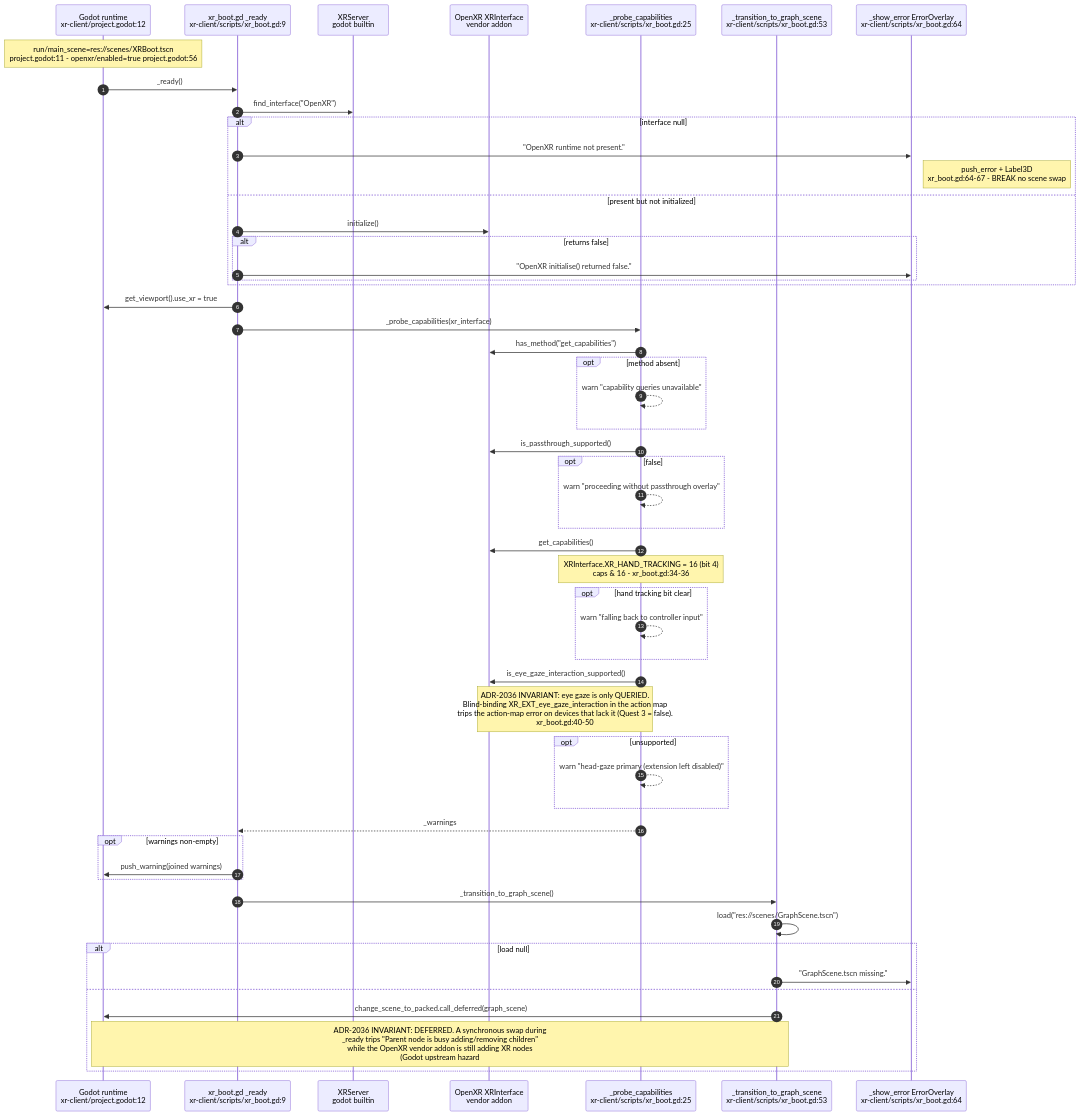
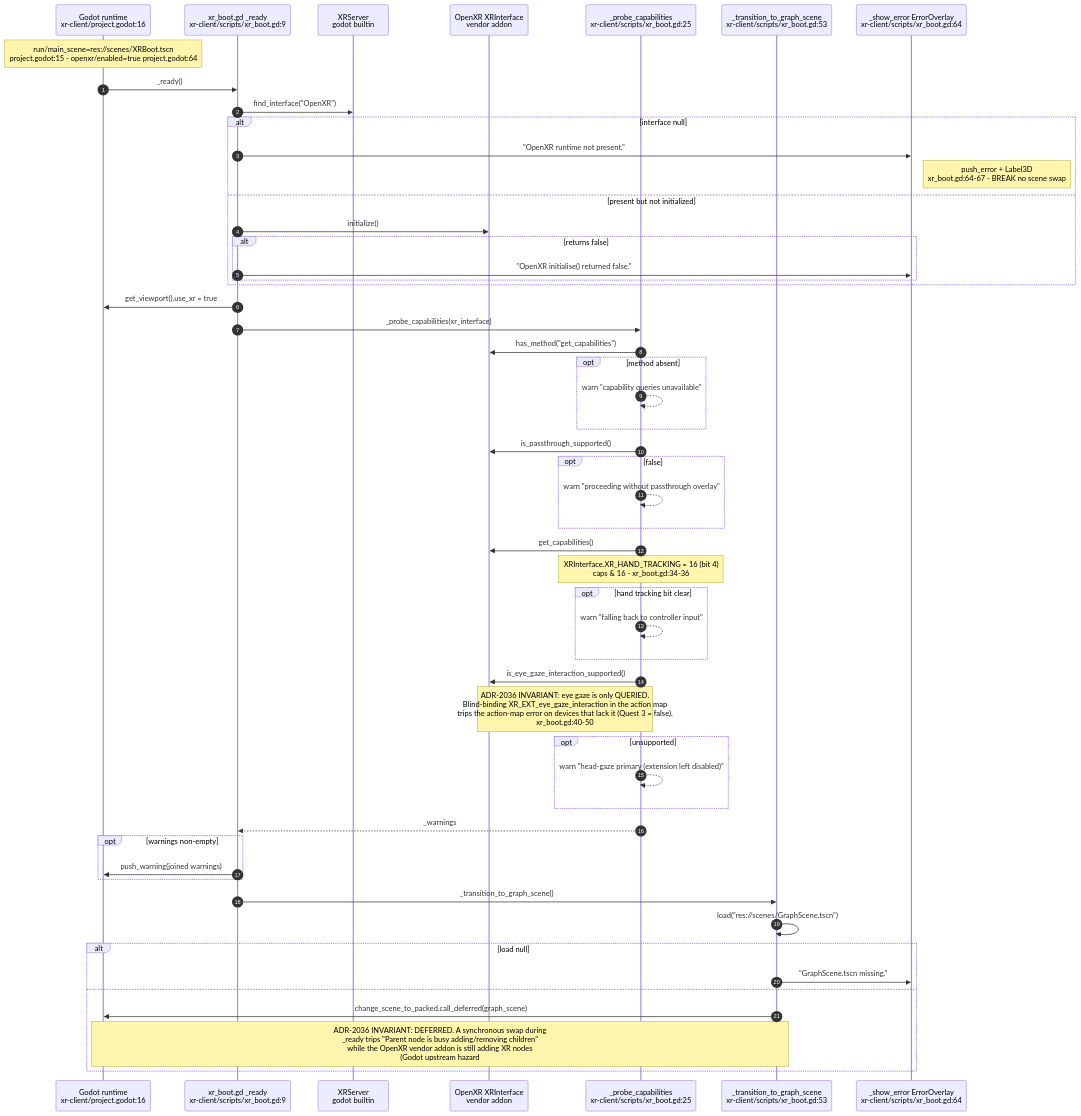
Before and after one commit to DreamLab-AI/VisionFlow: the first of 26 diagrams in docs/diagrams/visionclaw/36-godot-xr-client.md, drawn with Mermaid. The commit also changed other lines of this file and 26 other files, not shown here.

First line of the commit message:
docs(diagrams): re-verify solid-pod-rs, nostr-rust-forum and visionclaw 22/36 against HEAD

````diff
--- a/docs/diagrams/visionclaw/36-godot-xr-client.md
+++ b/docs/diagrams/visionclaw/36-godot-xr-client.md
@@ -68,56 +86,56 @@
 ```mermaid
 sequenceDiagram
     autonumber
-    participant G as Godot runtime<br/>xr-client/project.godot:12
+    participant G as Godot runtime<br/>xr-client/project.godot:16
     participant B as xr_boot.gd _ready<br/>xr-client/scripts/xr_boot.gd:9
     participant XS as XRServer<br/>godot builtin
     participant XI as OpenXR XRInterface<br/>vendor addon
     participant P as _probe_capabilities<br/>xr-client/scripts/xr_boot.gd:25
     participant T as _transition_to_graph_scene<br/>xr-client/scripts/xr_boot.gd:53
     participant E as _show_error ErrorOverlay<br/>xr-client/scripts/xr_boot.gd:64
 
-    Note over G: run/main_scene=res://scenes/XRBoot.tscn<br/>project.godot:11 - openxr/enabled=true project.godot:56
+    Note over G: run/main_scene=res://scenes/XRBoot.tscn<br/>project.godot:15 - openxr/enabled=true project.godot:64
     G->>B: _ready()
     B->>XS: find_interface("OpenXR")
     alt interface null
         B->>E: "OpenXR runtime not present."
         Note right of E: push_error + Label3D<br/>xr_boot.gd:64-67 - BREAK no scene swap
     else present but not initialized
         B->>XI: initialize()
         alt returns false
             B->>E: "OpenXR initialise() returned false."
         end
     end
     B->>G: get_viewport().use_xr = true
     B->>P: _probe_capabilities(xr_interface)
     P->>XI: has_method("get_capabilities")
     opt method absent
         P-->>P: warn "capability queries unavailable"
     end
     P->>XI: is_passthrough_supported()
     opt false
         P-->>P: warn "proceeding without passthrough overlay"
     end
     P->>XI: get_capabilities()
     Note over P: XRInterface.XR_HAND_TRACKING = 16 (bit 4)<br/>caps & 16 - xr_boot.gd:34-36
     opt hand tracking bit clear
         P-->>P: warn "falling back to controller input"
     end
     P->>XI: is_eye_gaze_interaction_supported()
     Note over P,XI: ADR-2036 INVARIANT: eye gaze is only QUERIED.<br/>Blind-binding XR_EXT_eye_gaze_interaction in the action map<br/>trips the action-map error on devices that lack it (Quest 3 = false).<br/>xr_boot.gd:40-50
     opt unsupported
         P-->>P: warn "head-gaze primary (extension left disabled)"
     end
     P-->>B: _warnings
     opt warnings non-empty
         B->>G: push_warning(joined warnings)
     end
     B->>T: _transition_to_graph_scene()
     T->>T: load("res://scenes/GraphScene.tscn")
     alt load null
         T->>E: "GraphScene.tscn missing."
     else
         T->>G: change_scene_to_packed.call_deferred(graph_scene)
         Note over T,G: ADR-2036 INVARIANT: DEFERRED. A synchronous swap during<br/>_ready trips "Parent node is busy adding/removing children"<br/>while the OpenXR vendor addon is still adding XR nodes<br/>(Godot upstream hazard #113717). xr_boot.gd:58-61
     end
 ```
````
